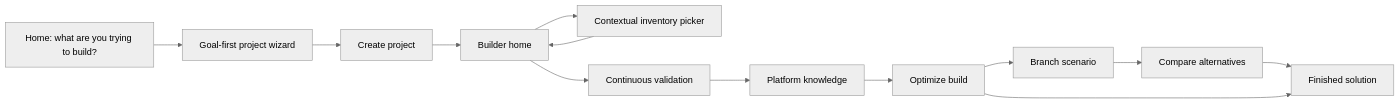
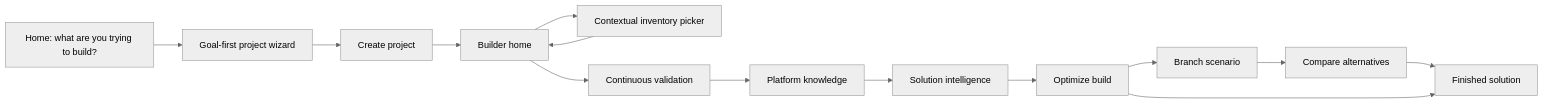
The diagram in docs/user-workflow.md (Arshyi/JETS), drawn with Mermaid (neutral theme) before and after one commit. The commit also changed other lines of this file and 9 other files, not shown here.

Commit message:
Build JETS v2.6 solution intelligence engine

````diff
--- a/docs/user-workflow.md
+++ b/docs/user-workflow.md
@@ -8,27 +8,29 @@
 ```mermaid
 flowchart LR
   Home["Home: what are you trying to build?"]
   Goal["Goal-first project wizard"]
   Project["Create project"]
   Builder["Builder home"]
   Inventory["Contextual inventory picker"]
   Validate["Continuous validation"]
   Knowledge["Platform knowledge"]
+  Intelligence["Solution intelligence"]
   Optimize["Optimize build"]
   Branch["Branch scenario"]
   Compare["Compare alternatives"]
   Finish["Finished solution"]
 
   Home --> Goal
   Goal --> Project
   Project --> Builder
   Builder --> Inventory
   Inventory --> Builder
   Builder --> Validate
   Validate --> Knowledge
-  Knowledge --> Optimize
+  Knowledge --> Intelligence
+  Intelligence --> Optimize
   Optimize --> Branch
   Branch --> Compare
   Compare --> Finish
   Optimize --> Finish
 ```
````
